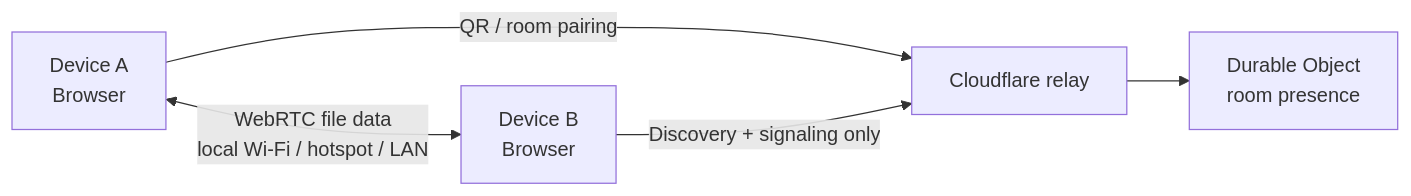
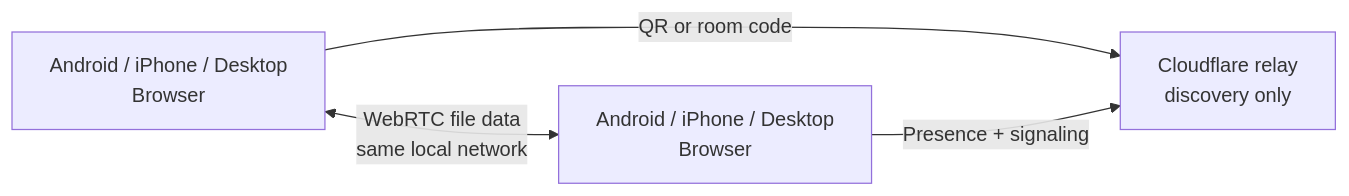
The diagram in README.md (pulkitpareek18/AIR-LOCAL), drawn with Mermaid before and after one commit. The commit also changed other lines of this file, not shown here.

First line of the commit message:
Rewrite README around AirLocal product

````diff
--- a/README.md
+++ b/README.md
@@ -64,7 +56,7 @@
 ```mermaid
 flowchart LR
-  A["Device A<br/>Browser"] <-->|"WebRTC file data<br/>local Wi-Fi / hotspot / LAN"| B["Device B<br/>Browser"]
-  A -->|QR / room pairing| R["Cloudflare relay"]
-  B -->|Discovery + signaling only| R
-  R --> D["Durable Object<br/>room presence"]
+  A["Android / iPhone / Desktop<br />Browser"] <-->|"WebRTC file data<br />same local network"| B["Android / iPhone / Desktop<br />Browser"]
+  A -->|"QR or room code"| R["Cloudflare relay"]
+  B -->|"Presence + signaling"| R
+  R["Cloudflare relay<br />discovery only"]
 ```
````
